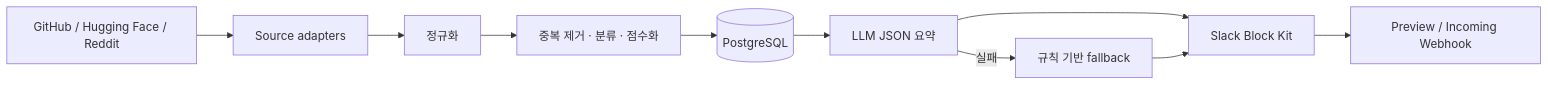
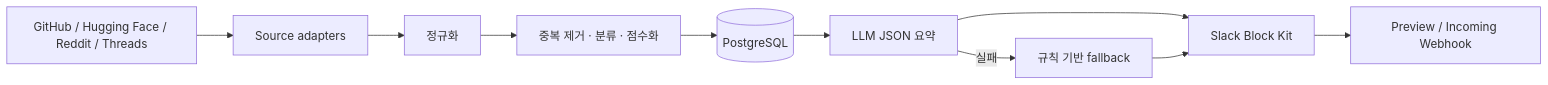
Before and after one commit to yunhozz/glean-ai: the diagram in README.md, drawn with Mermaid. The commit also changed other lines of this file and 23 other files, not shown here.

````diff
--- a/README.md
+++ b/README.md
@@ -17,12 +17,12 @@
 ```mermaid
 flowchart LR
-  A[GitHub / Hugging Face / Reddit] --> B[Source adapters]
+  A[GitHub / Hugging Face / Reddit / Threads] --> B[Source adapters]
   B --> C[정규화]
   C --> D[중복 제거 · 분류 · 점수화]
   D --> E[(PostgreSQL)]
   E --> F[LLM JSON 요약]
   F -->|실패| G[규칙 기반 fallback]
   F --> H[Slack Block Kit]
   G --> H
   H --> I[Preview / Incoming Webhook]
 ```
````
